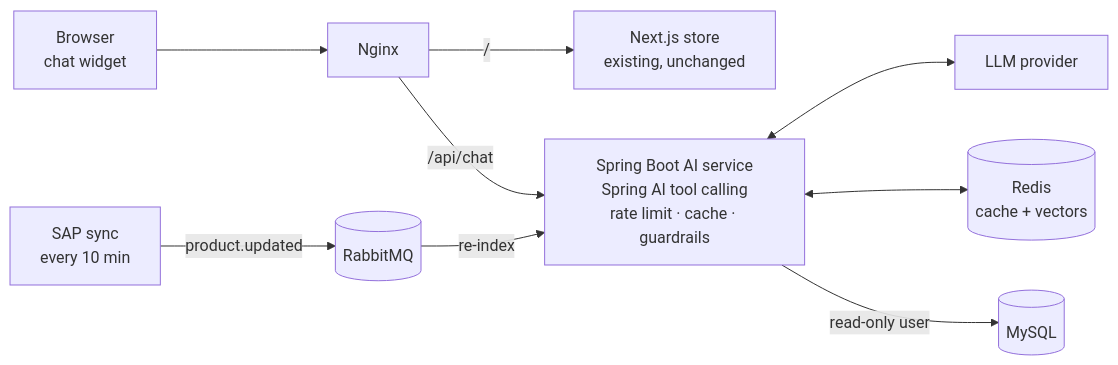
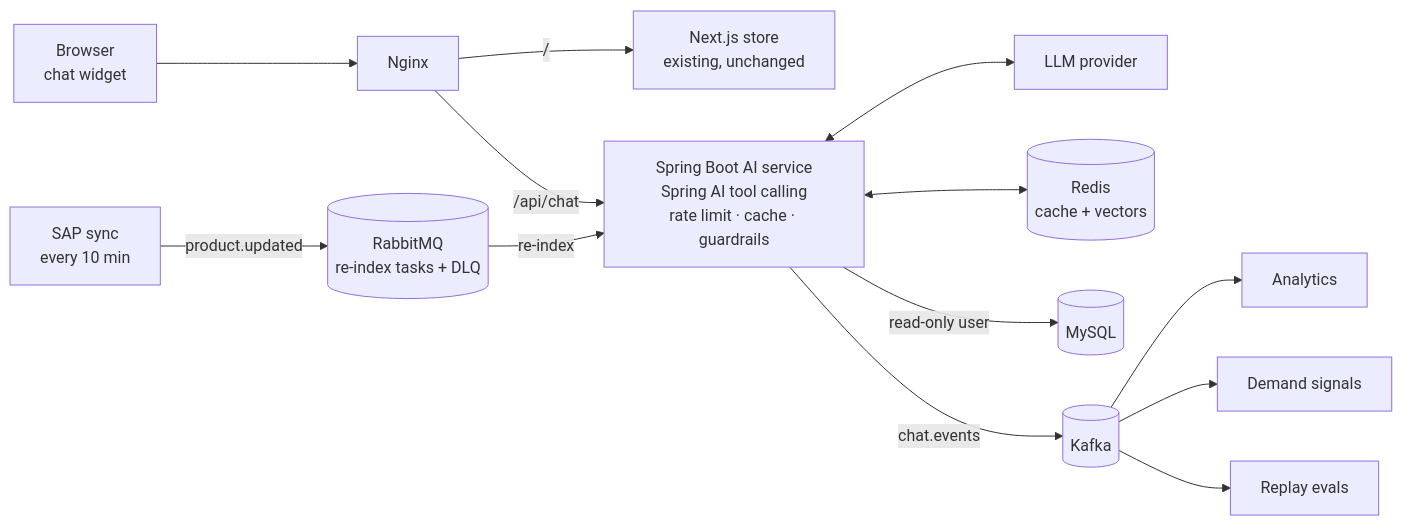
One commit to prakash-434/spring-ai-catalog-assistant changed the first of 2 diagrams in README.md. Above: the diagram before and after it, drawn with Mermaid. The commit also changed other lines of this file, not shown here.

First line of the commit message:
Add Kafka event streaming alongside RabbitMQ task queues

````diff
--- a/README.md
+++ b/README.md
@@ -24,11 +24,15 @@
 ```mermaid
 flowchart LR
     B[Browser<br/>chat widget] --> N[Nginx]
     N -->|/| NX[Next.js store<br/>existing, unchanged]
     N -->|/api/chat| AI[Spring Boot AI service<br/>Spring AI tool calling<br/>rate limit · cache · guardrails]
     AI <--> LLM[LLM provider]
     AI <--> R[(Redis<br/>cache + vectors)]
     AI -->|read-only user| DB[(MySQL)]
-    SAP[SAP sync<br/>every 10 min] -->|product.updated| MQ[(RabbitMQ)]
+    SAP[SAP sync<br/>every 10 min] -->|product.updated| MQ[(RabbitMQ<br/>re-index tasks + DLQ)]
     MQ -->|re-index| AI
+    AI -->|chat.events| K[(Kafka)]
+    K --> C1[Analytics]
+    K --> C2[Demand signals]
+    K --> C3[Replay evals]
 ```
````
